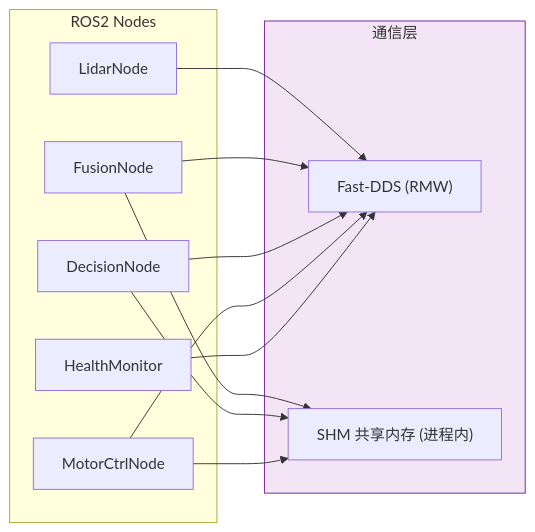
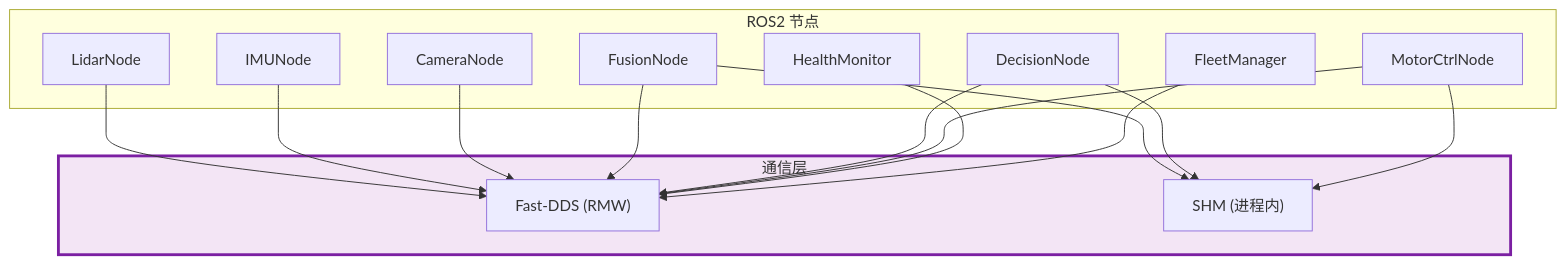
One commit to guang-lee-cn/ros2_robot_middleware changed the diagram in doc/subsystems/communication.md. Above: the diagram before and after it, drawn with Mermaid. The commit also changed other lines of this file and 7 other files, not shown here.

````diff
--- a/doc/subsystems/communication.md
+++ b/doc/subsystems/communication.md
@@ -5,20 +5,20 @@
 ```mermaid
-flowchart LR
-    subgraph nodes["ROS2 Nodes"]
+flowchart TB
+    subgraph nodes["ROS2 节点"]
         L[LidarNode]
+        I[IMUNode]
+        C[CameraNode]
         F[FusionNode]
         D[DecisionNode]
         M[MotorCtrlNode]
         H[HealthMonitor]
+        FL[FleetManager]
     end
-
     subgraph comm["通信层"]
         DDS["Fast-DDS (RMW)"]
-        SHM["SHM 共享内存 (进程内)"]
+        SHM["SHM (进程内)"]
     end
-
-    L & F & D & M & H --> DDS
+    L & I & C & F & D & M & H & FL --> DDS
     F & D & M --> SHM
-
-    style comm fill:#f3e5f5,stroke:#7b1fa2
+    style comm fill:#f3e5f5,stroke:#7b1fa2,stroke-width:3px
 ```
````
